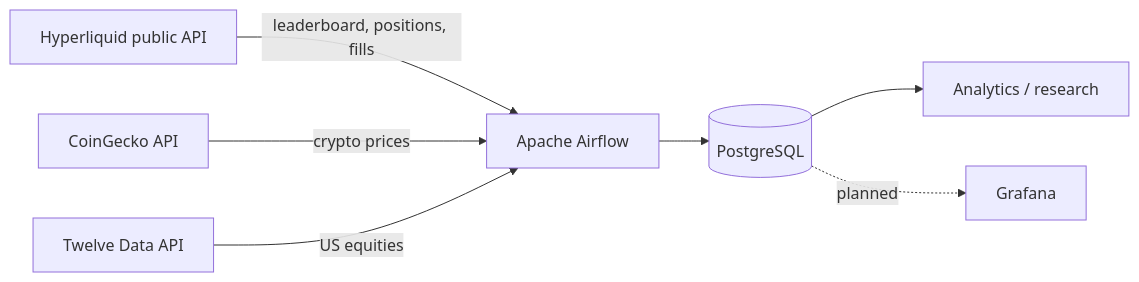
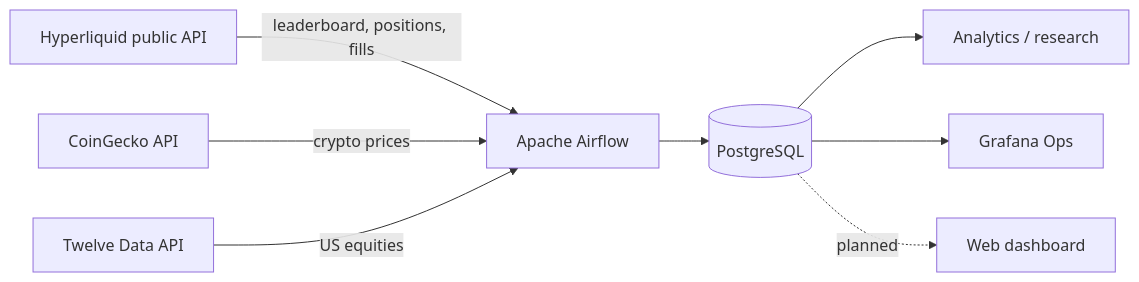
Before and after one commit to NoTimur/DeepWhale: the first of 3 diagrams in README.md, drawn with Mermaid. The commit also changed other lines of this file and 3 other files, not shown here.

````diff
--- a/README.md
+++ b/README.md
@@ -44,9 +44,10 @@
 ```mermaid
 flowchart LR
     HL[Hyperliquid public API] -->|leaderboard, positions, fills| AF[Apache Airflow]
     CG[CoinGecko API] -->|crypto prices| AF
     TD[Twelve Data API] -->|US equities| AF
     AF --> PG[(PostgreSQL)]
     PG --> AN[Analytics / research]
-    PG -. planned .-> GF[Grafana]
+    PG --> GF[Grafana Ops]
+    PG -. planned .-> WEB[Web dashboard]
 ```
````
